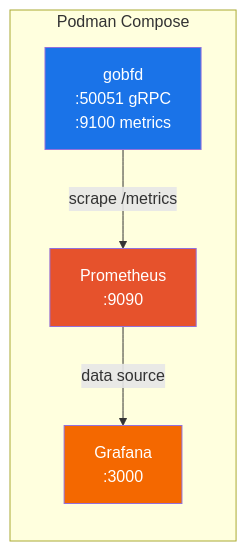
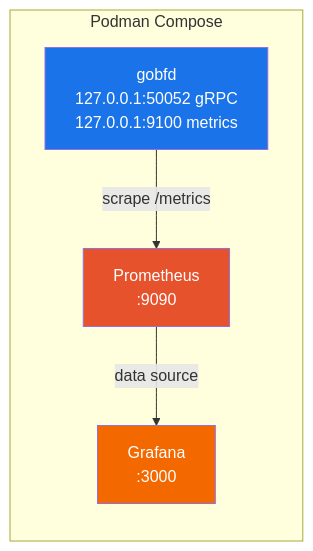
Before and after one commit to dantte-lp/gobfd: the diagram in docs/en/06-deployment.md, drawn with Mermaid. The commit also changed other lines of this file and 19 other files, not shown here.

````diff
--- a/docs/en/06-deployment.md
+++ b/docs/en/06-deployment.md
@@ -252,15 +252,15 @@
 ```mermaid
 graph LR
     subgraph "Podman Compose"
-        G["gobfd<br/>:50051 gRPC<br/>:9100 metrics"]
+        G["gobfd<br/>127.0.0.1:50052 gRPC<br/>127.0.0.1:9100 metrics"]
         P["Prometheus<br/>:9090"]
         GR["Grafana<br/>:3000"]
     end
 
     G -->|scrape /metrics| P
     P -->|data source| GR
 
     style G fill:#1a73e8,color:#fff
     style P fill:#E6522C,color:#fff
     style GR fill:#F46800,color:#fff
 ```
````
